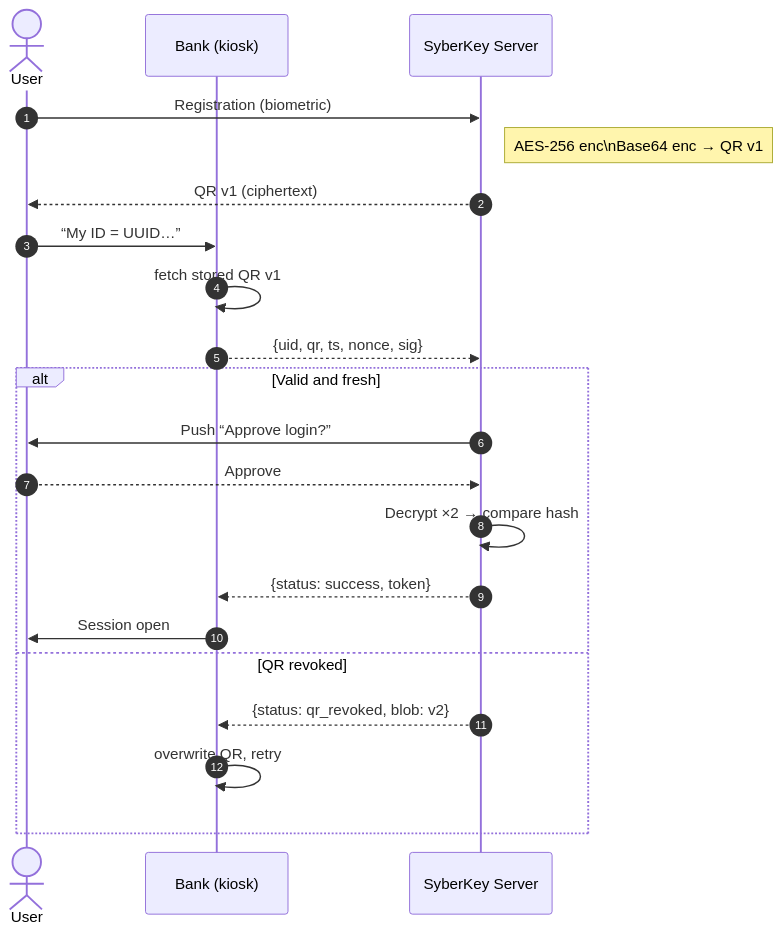
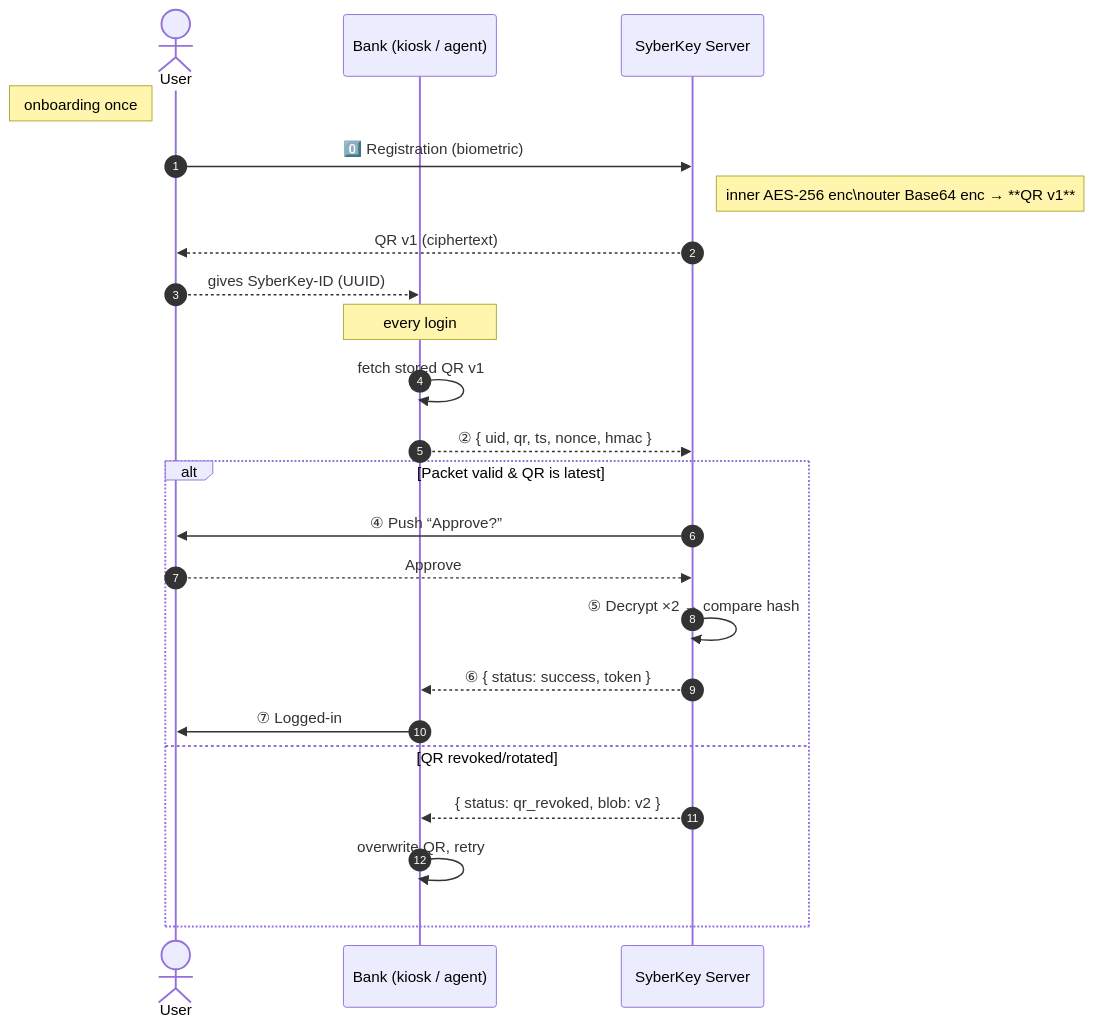
The diagram in README.md (ilarumk/syber-demo), drawn with Mermaid before and after one commit. The commit also changed other lines of this file and 2 other files, not shown here.

````diff
--- a/README.md
+++ b/README.md
@@ -54,25 +42,27 @@
 ```mermaid
 sequenceDiagram
     autonumber
     actor U as User
-    participant B as Bank (kiosk)
+    participant B as Bank (kiosk / agent)
     participant S as SyberKey Server
 
-    U->>S: Registration (biometric)
-    Note right of S: AES‑256 enc\nBase64 enc → QR v1
+    Note left of U: onboarding once
+    U->>S: 0️⃣ Registration (biometric)
+    Note right of S: inner AES‑256 enc\nouter Base64 enc → **QR v1**
     S-->>U: QR v1 (ciphertext)
+    U-->>B: gives SyberKey‑ID (UUID)
 
-    U->>B: “My ID = UUID…”
+    Note over B: every login
     B->>B: fetch stored QR v1
-    B-->>S: {uid, qr, ts, nonce, sig}
-    alt Valid and fresh
-        S->>U: Push “Approve login?”
+    B-->>S: ② { uid, qr, ts, nonce, hmac }
+    alt Packet valid & QR is latest
+        S->>U: ④ Push “Approve?”
         U-->>S: Approve
-        S->>S: Decrypt ×2 → compare hash
-        S-->>B: {status: success, token}
-        B->>U: Session open
-    else QR revoked
-        S-->>B: {status: qr_revoked, blob: v2}
+        S->>S: ⑤ Decrypt ×2 → compare hash
+        S-->>B: ⑥ { status: success, token }
+        B->>U: ⑦ Logged‑in
+    else QR revoked/rotated
+        S-->>B: { status: qr_revoked, blob: v2 }
         B->>B: overwrite QR, retry
     end
 ```
````
